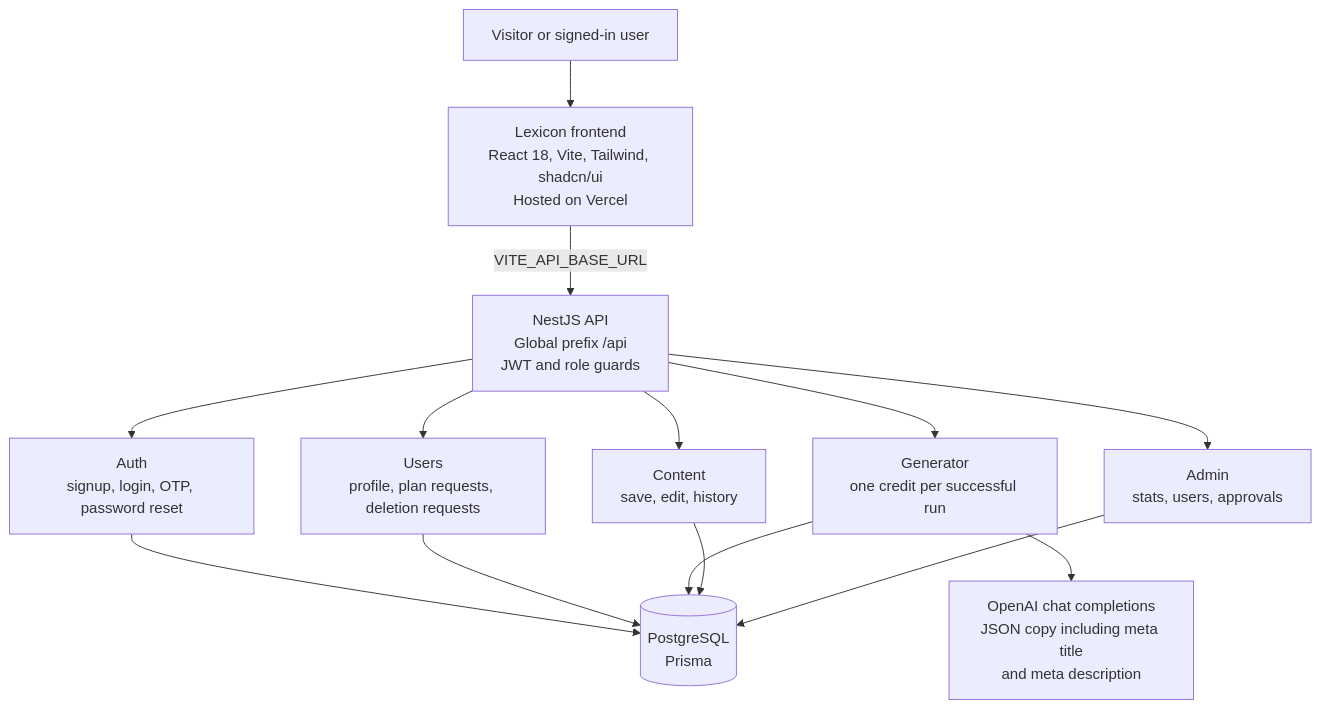
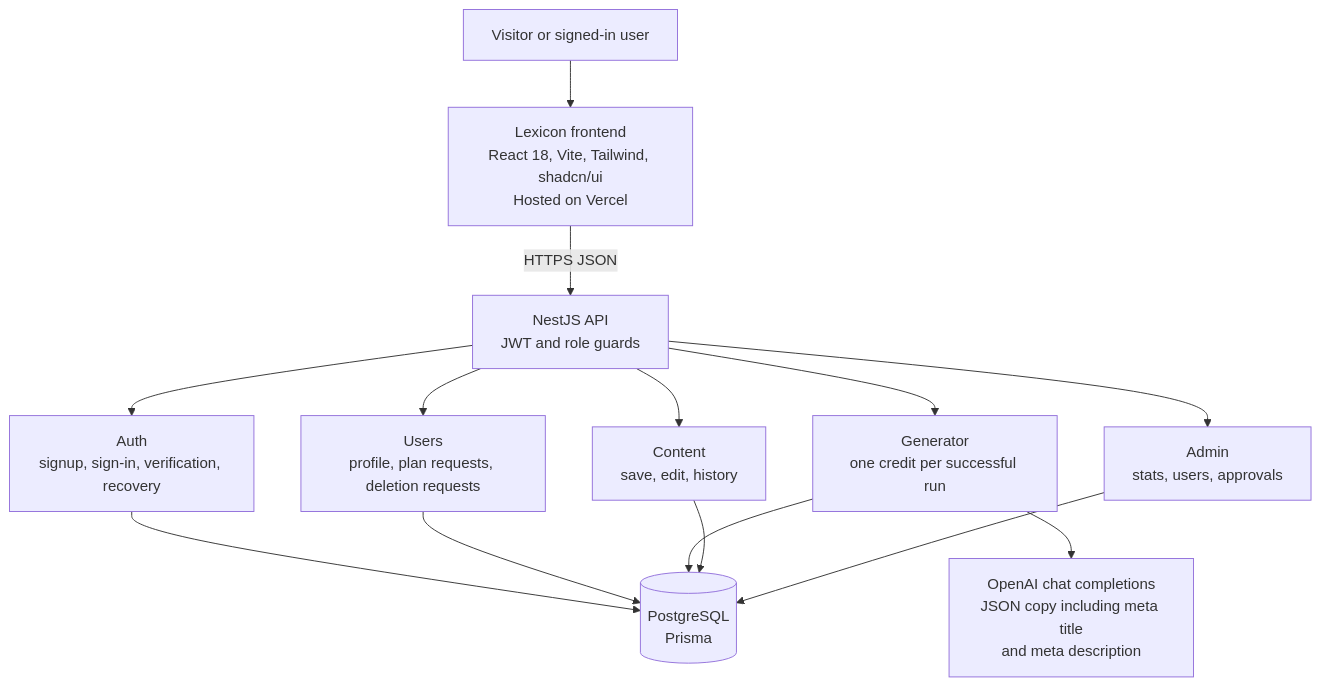
Before and after one commit to maarijwaseem2/ai-content-studio: the diagram in README.md, drawn with Mermaid. The commit also changed other lines of this file and 6 other files, not shown here.

````diff
--- a/README.md
+++ b/README.md
@@ -47,27 +55,27 @@
 ```mermaid
 flowchart TB
   visitor[Visitor or signed-in user]
   fe[Lexicon frontend\nReact 18, Vite, Tailwind, shadcn/ui\nHosted on Vercel]
-  api[NestJS API\nGlobal prefix /api\nJWT and role guards]
-  auth[Auth\nsignup, login, OTP, password reset]
+  api[NestJS API\nJWT and role guards]
+  auth[Auth\nsignup, sign-in, verification, recovery]
   users[Users\nprofile, plan requests, deletion requests]
   gen[Generator\none credit per successful run]
   content[Content\nsave, edit, history]
   admin[Admin\nstats, users, approvals]
   db[(PostgreSQL\nPrisma)]
   model[OpenAI chat completions\nJSON copy including meta title\nand meta description]
 
   visitor --> fe
-  fe -->|VITE_API_BASE_URL| api
+  fe -->|HTTPS JSON| api
   api --> auth
   api --> users
   api --> gen
   api --> content
   api --> admin
   auth --> db
   users --> db
   gen --> db
   content --> db
   admin --> db
   gen --> model
 ```
````
